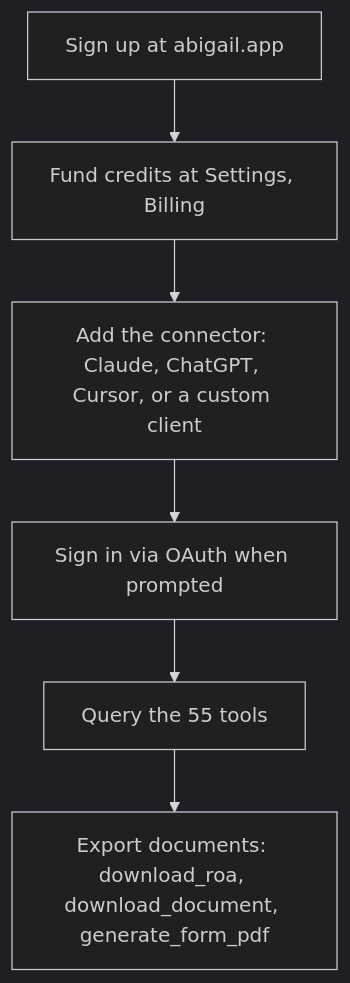
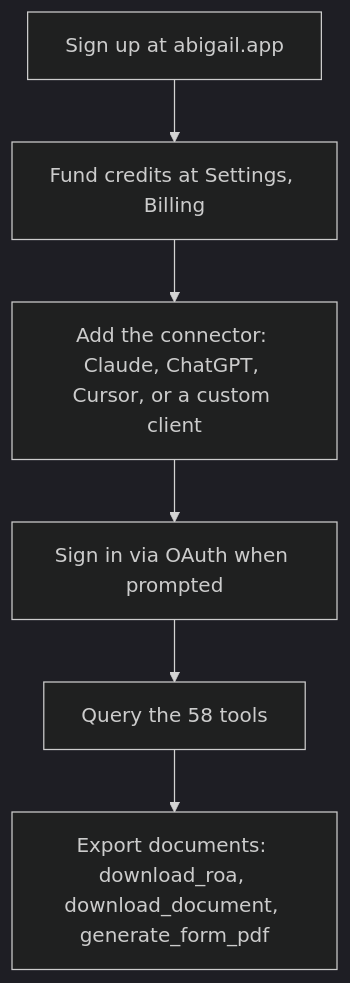
One commit to Abigail-AI-Patent-Assistant/docs changed the first of 2 diagrams in mcp/guide.mdx. Above: the diagram before and after it, drawn with Mermaid (dark theme). The commit also changed other lines of this file and 9 other files, not shown here.

````diff
--- a/mcp/guide.mdx
+++ b/mcp/guide.mdx
@@ -29,8 +29,8 @@
 ```mermaid
 graph TD
     A[Sign up at abigail.app] --> B[Fund credits at Settings, Billing]
     B --> C[Add the connector: Claude, ChatGPT, Cursor, or a custom client]
     C --> D[Sign in via OAuth when prompted]
-    D --> E[Query the 55 tools]
+    D --> E[Query the 58 tools]
     E --> F[Export documents: download_roa, download_document, generate_form_pdf]
 ```
````
